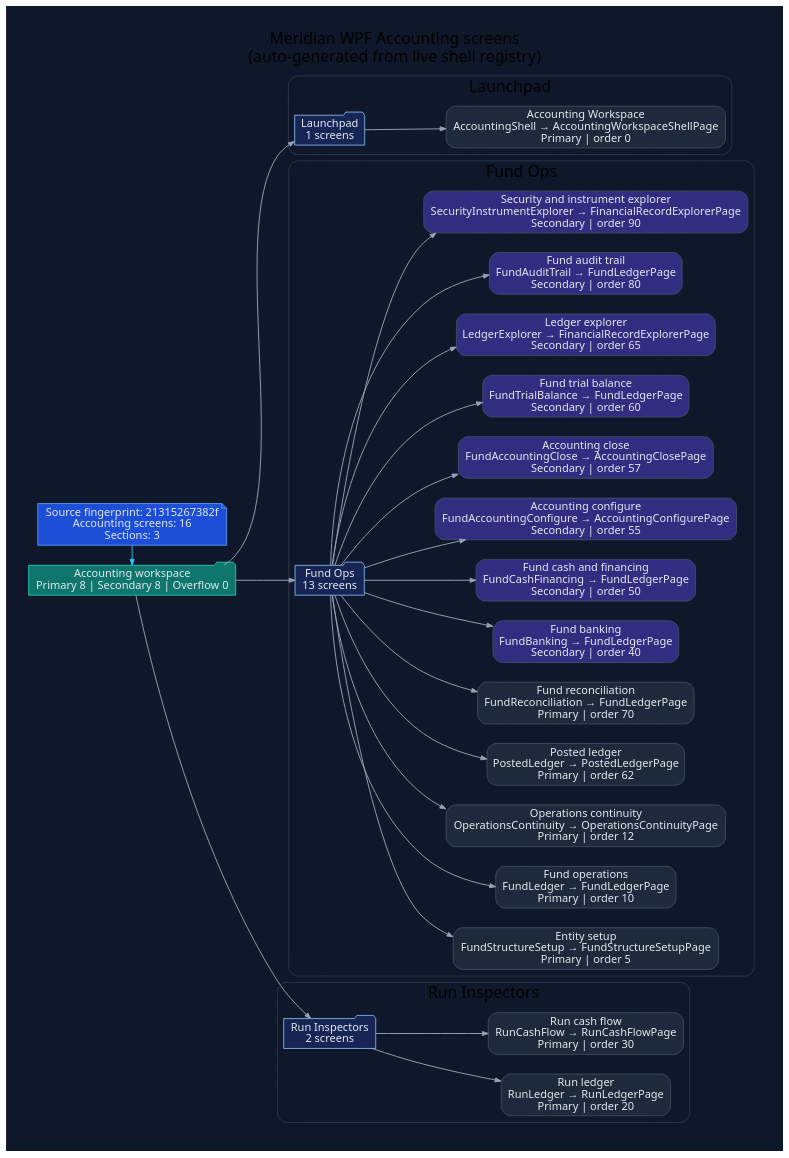
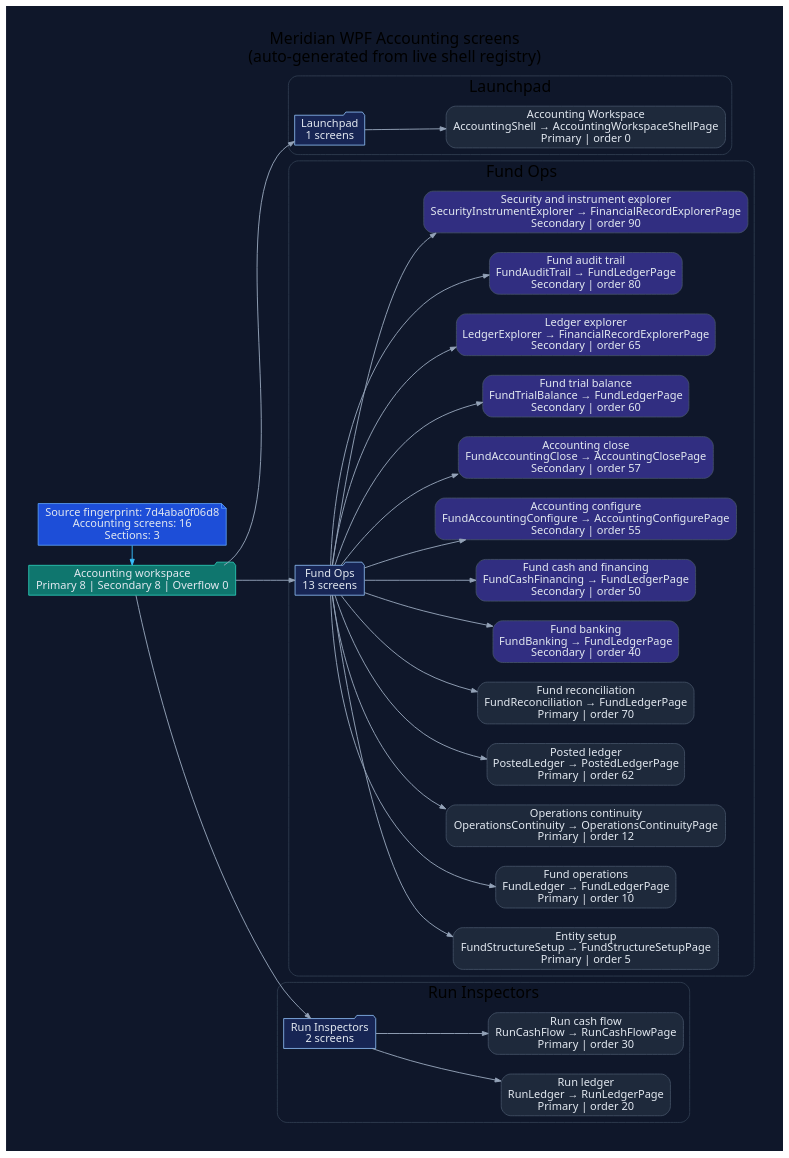
One commit to rodoHasArrived/Meridian-main changed the diagram in docs/diagrams/ui/ui-wpf-screens-accounting.dot. Above: the diagram before and after it, drawn with Graphviz. The commit also changed 51 other files, not shown here.

```diff
--- a/docs/diagrams/ui/ui-wpf-screens-accounting.dot
+++ b/docs/diagrams/ui/ui-wpf-screens-accounting.dot
@@ -1,82 +1,82 @@
 // -----------------------------------------------------------------------------
 // <auto-generated>
 // Generated by scripts/generate-diagrams.mjs.
 // Do not edit this file directly; update the WPF source files instead.
 // -----------------------------------------------------------------------------
 digraph WpfAccountingScreens {
   graph [
     rankdir=LR,
     labelloc=t,
     label="Meridian WPF Accounting screens\n(auto-generated from live shell registry)",
     fontname="Segoe UI",
     fontsize=20,
     pad=0.4,
     nodesep=0.35,
     ranksep=0.85,
     bgcolor="#0f172a"
   ];
   node [fontname="Segoe UI", shape=box, style="rounded,filled", color="#475569", fontcolor="#e2e8f0", fillcolor="#1e293b"];
   edge [fontname="Segoe UI", color="#94a3b8", penwidth=1.2, arrowsize=0.75];
 
-  generated [shape=note, fillcolor="#1d4ed8", color="#60a5fa", label="Source fingerprint: 21315267382f\nAccounting screens: 16\nSections: 3"];
+  generated [shape=note, fillcolor="#1d4ed8", color="#60a5fa", label="Source fingerprint: 7d4aba0f06d8\nAccounting screens: 16\nSections: 3"];
   workspace [shape=folder, fillcolor="#0f766e", color="#2dd4bf", label="Accounting workspace\nPrimary 8 | Secondary 8 | Overflow 0"];
   generated -> workspace [color="#38bdf8"];
 
   subgraph cluster_section_1 {
     label="Launchpad";
     color="#334155";
     style="rounded";
     section_1 [shape=folder, fillcolor="#172554", color="#93c5fd", label="Launchpad\n1 screens"];
     workspace -> section_1;
     screen_AccountingShell [fillcolor="#1e293b", label="Accounting Workspace\nAccountingShell → AccountingWorkspaceShellPage\nPrimary | order 0"];
     section_1 -> screen_AccountingShell;
   }
 
   subgraph cluster_section_2 {
     label="Fund Ops";
     color="#334155";
     style="rounded";
     section_2 [shape=folder, fillcolor="#172554", color="#93c5fd", label="Fund Ops\n13 screens"];
     workspace -> section_2;
     screen_FundStructureSetup [fillcolor="#1e293b", label="Entity setup\nFundStructureSetup → FundStructureSetupPage\nPrimary | order 5"];
     section_2 -> screen_FundStructureSetup;
     screen_FundLedger [fillcolor="#1e293b", label="Fund operations\nFundLedger → FundLedgerPage\nPrimary | order 10"];
     section_2 -> screen_FundLedger;
     screen_OperationsContinuity [fillcolor="#1e293b", label="Operations continuity\nOperationsContinuity → OperationsContinuityPage\nPrimary | order 12"];
     section_2 -> screen_OperationsContinuity;
     screen_PostedLedger [fillcolor="#1e293b", label="Posted ledger\nPostedLedger → PostedLedgerPage\nPrimary | order 62"];
     section_2 -> screen_PostedLedger;
     screen_FundReconciliation [fillcolor="#1e293b", label="Fund reconciliation\nFundReconciliation → FundLedgerPage\nPrimary | order 70"];
     section_2 -> screen_FundReconciliation;
     screen_FundBanking [fillcolor="#312e81", label="Fund banking\nFundBanking → FundLedgerPage\nSecondary | order 40"];
     section_2 -> screen_FundBanking;
     screen_FundCashFinancing [fillcolor="#312e81", label="Fund cash and financing\nFundCashFinancing → FundLedgerPage\nSecondary | order 50"];
     section_2 -> screen_FundCashFinancing;
     screen_FundAccountingConfigure [fillcolor="#312e81", label="Accounting configure\nFundAccountingConfigure → AccountingConfigurePage\nSecondary | order 55"];
     section_2 -> screen_FundAccountingConfigure;
     screen_FundAccountingClose [fillcolor="#312e81", label="Accounting close\nFundAccountingClose → AccountingClosePage\nSecondary | order 57"];
     section_2 -> screen_FundAccountingClose;
     screen_FundTrialBalance [fillcolor="#312e81", label="Fund trial balance\nFundTrialBalance → FundLedgerPage\nSecondary | order 60"];
     section_2 -> screen_FundTrialBalance;
     screen_LedgerExplorer [fillcolor="#312e81", label="Ledger explorer\nLedgerExplorer → FinancialRecordExplorerPage\nSecondary | order 65"];
     section_2 -> screen_LedgerExplorer;
     screen_FundAuditTrail [fillcolor="#312e81", label="Fund audit trail\nFundAuditTrail → FundLedgerPage\nSecondary | order 80"];
     section_2 -> screen_FundAuditTrail;
     screen_SecurityInstrumentExplorer [fillcolor="#312e81", label="Security and instrument explorer\nSecurityInstrumentExplorer → FinancialRecordExplorerPage\nSecondary | order 90"];
     section_2 -> screen_SecurityInstrumentExplorer;
   }
 
   subgraph cluster_section_3 {
     label="Run Inspectors";
     color="#334155";
     style="rounded";
     section_3 [shape=folder, fillcolor="#172554", color="#93c5fd", label="Run Inspectors\n2 screens"];
     workspace -> section_3;
     screen_RunLedger [fillcolor="#1e293b", label="Run ledger\nRunLedger → RunLedgerPage\nPrimary | order 20"];
     section_3 -> screen_RunLedger;
     screen_RunCashFlow [fillcolor="#1e293b", label="Run cash flow\nRunCashFlow → RunCashFlowPage\nPrimary | order 30"];
     section_3 -> screen_RunCashFlow;
   }
 
   { rank=min; generated; workspace; }
 }
```
